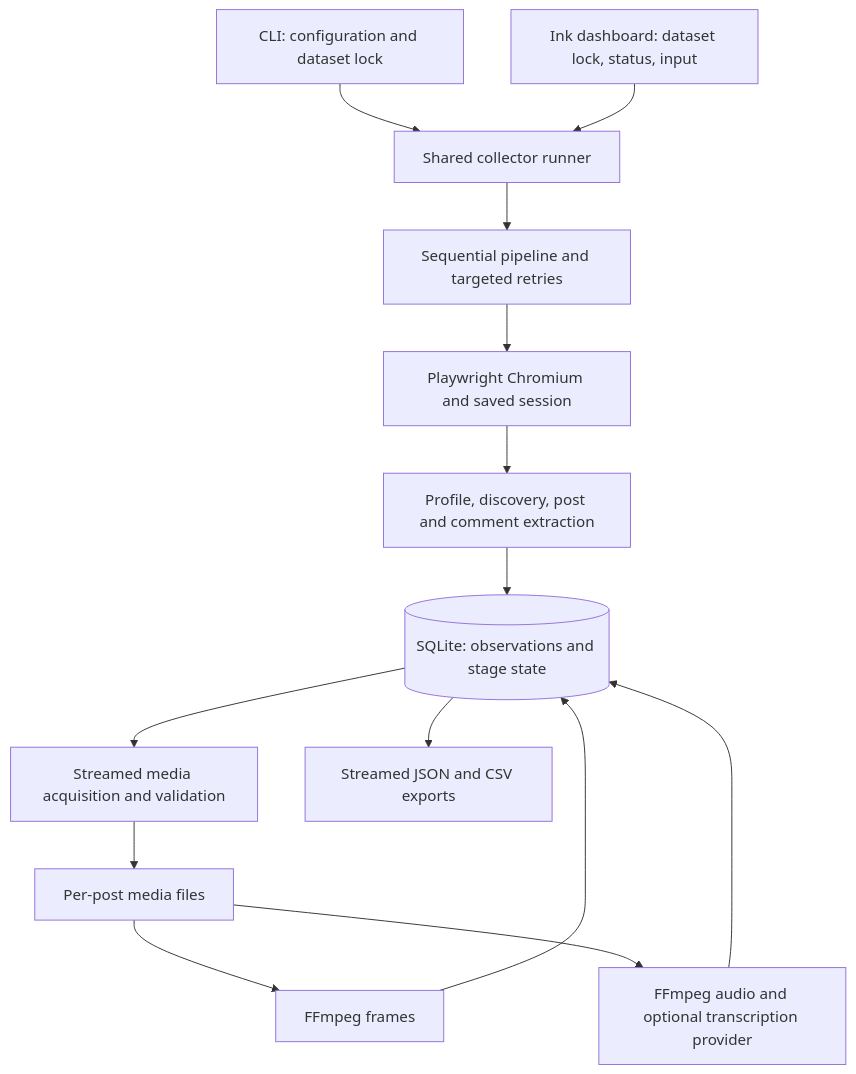
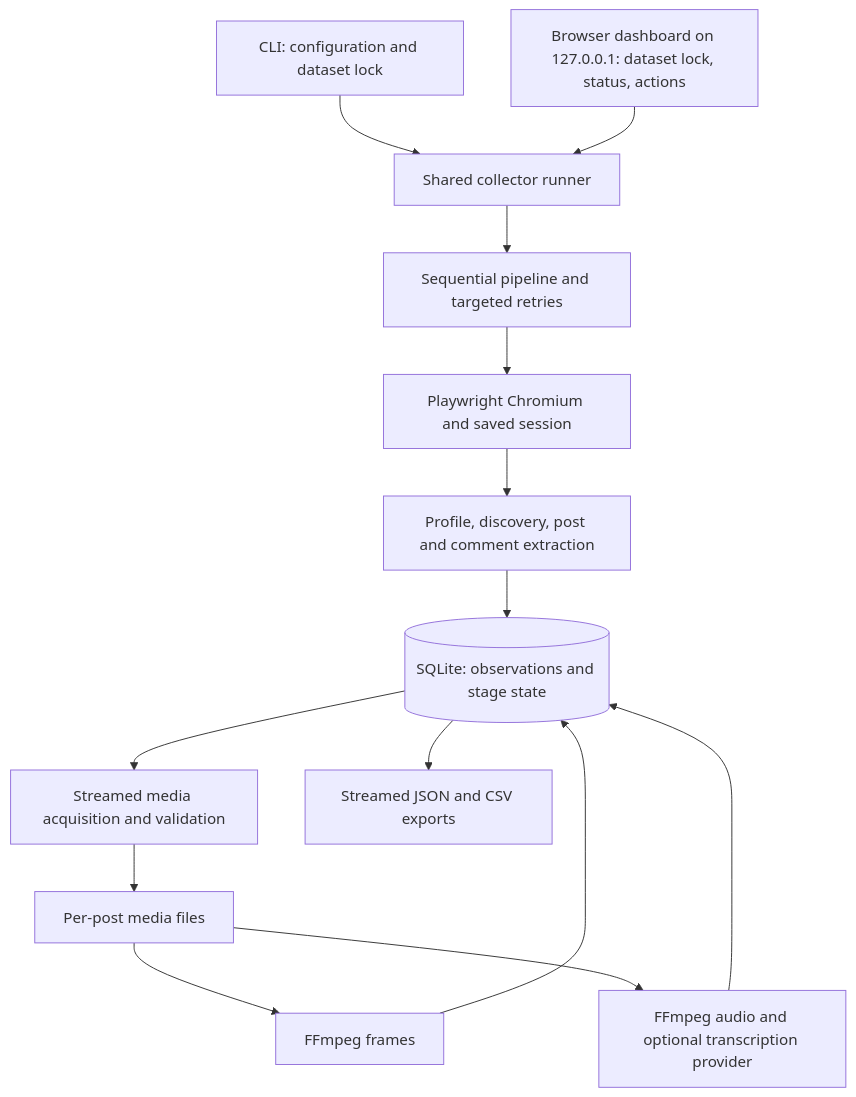
Before and after one commit to 0xping/instagram-scraper: the diagram in PRODUCTION_REVIEW.md, drawn with Mermaid. The commit also changed other lines of this file and 16 other files, not shown here.

````diff
--- a/PRODUCTION_REVIEW.md
+++ b/PRODUCTION_REVIEW.md
@@ -45,16 +45,16 @@
 ```mermaid
 flowchart TD
   CLI[CLI: configuration and dataset lock] --> Runner[Shared collector runner]
-  Dashboard[Ink dashboard: dataset lock, status, input] --> Runner
+  Dashboard[Browser dashboard on 127.0.0.1: dataset lock, status, actions] --> Runner
   Runner --> Pipeline[Sequential pipeline and targeted retries]
   Pipeline --> Browser[Playwright Chromium and saved session]
   Browser --> Extract[Profile, discovery, post and comment extraction]
   Extract --> DB[(SQLite: observations and stage state)]
   DB --> Media[Streamed media acquisition and validation]
   Media --> Files[Per-post media files]
   Files --> Frames[FFmpeg frames]
   Files --> Audio[FFmpeg audio and optional transcription provider]
   Frames --> DB
   Audio --> DB
   DB --> Export[Streamed JSON and CSV exports]
 ```
````
